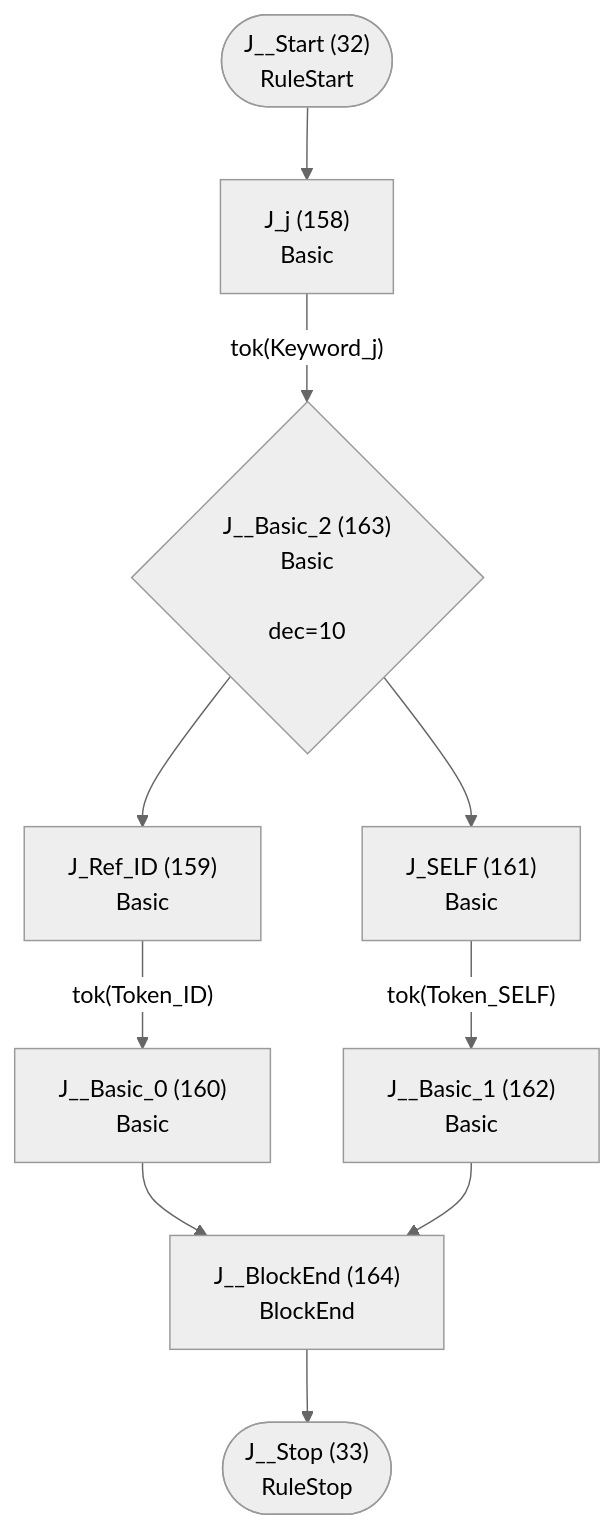
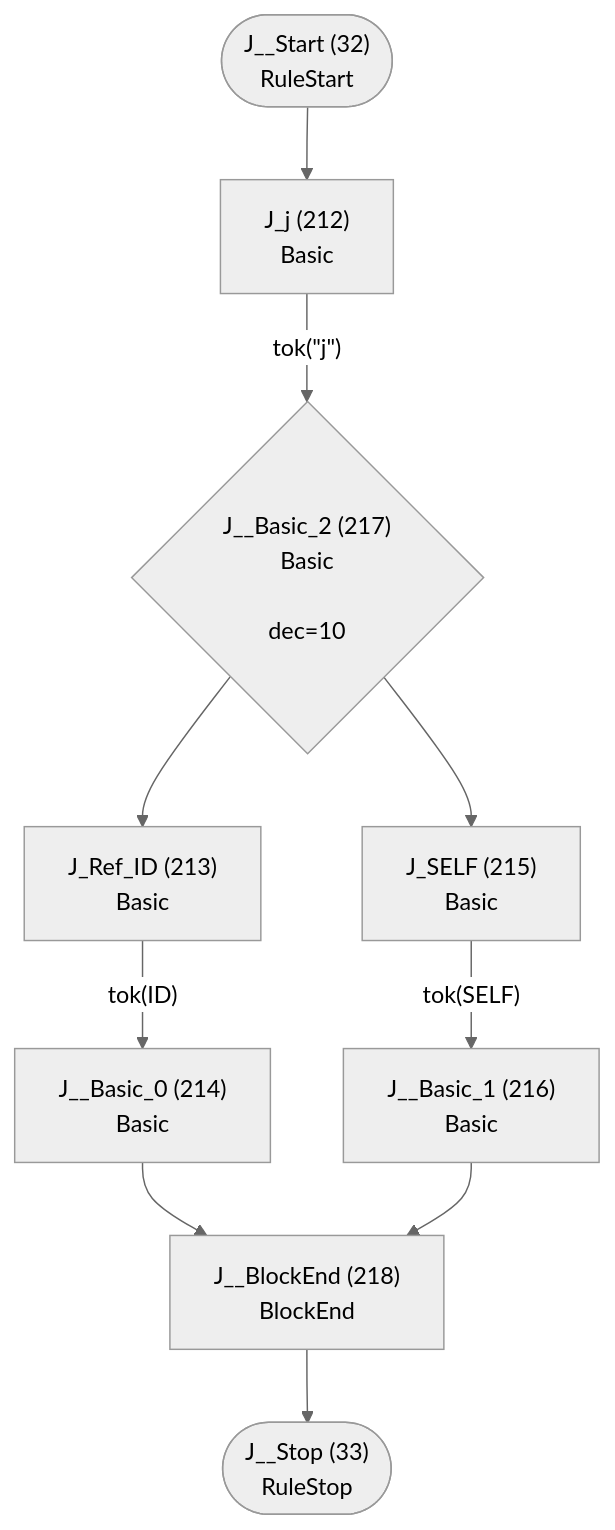
One commit to TypeFox/fastbelt changed diagram 17 of 41 in internal/languages/completion/atn.md. Above: the diagram before and after it, drawn with Mermaid (neutral theme). The commit also changed other lines of this file and 36 other files, not shown here.

````diff
--- a/internal/languages/completion/atn.md
+++ b/internal/languages/completion/atn.md
@@ -413,22 +458,22 @@
 ```mermaid
 flowchart TD
     q32(["J__Start (32)<br/>RuleStart"])
     q33(["J__Stop (33)<br/>RuleStop"])
-    q158["J_j (158)<br/>Basic<br/>"]
-    q159["J_Ref_ID (159)<br/>Basic<br/>"]
-    q160["J__Basic_0 (160)<br/>Basic<br/>"]
-    q161["J_SELF (161)<br/>Basic<br/>"]
-    q162["J__Basic_1 (162)<br/>Basic<br/>"]
-    q163{"J__Basic_2 (163)<br/>Basic<br/><br/>dec=10"}
-    q164["J__BlockEnd (164)<br/>BlockEnd<br/>"]
+    q212["J_j (212)<br/>Basic<br/>"]
+    q213["J_Ref_ID (213)<br/>Basic<br/>"]
+    q214["J__Basic_0 (214)<br/>Basic<br/>"]
+    q215["J_SELF (215)<br/>Basic<br/>"]
+    q216["J__Basic_1 (216)<br/>Basic<br/>"]
+    q217{"J__Basic_2 (217)<br/>Basic<br/><br/>dec=10"}
+    q218["J__BlockEnd (218)<br/>BlockEnd<br/>"]
 
-    q32 --> q158
-    q158 -->|"tok(Keyword_j)"| q163
-    q159 -->|"tok(Token_ID)"| q160
-    q160 --> q164
-    q161 -->|"tok(Token_SELF)"| q162
-    q162 --> q164
-    q163 --> q159
-    q163 --> q161
-    q164 --> q33
+    q32 --> q212
+    q212 -->|"tok(&quot;j&quot;)"| q217
+    q213 -->|"tok(ID)"| q214
+    q214 --> q218
+    q215 -->|"tok(SELF)"| q216
+    q216 --> q218
+    q217 --> q213
+    q217 --> q215
+    q218 --> q33
 ```
````
